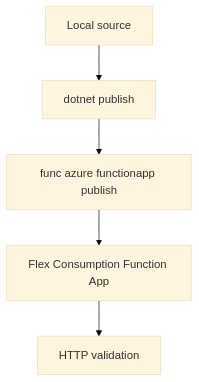
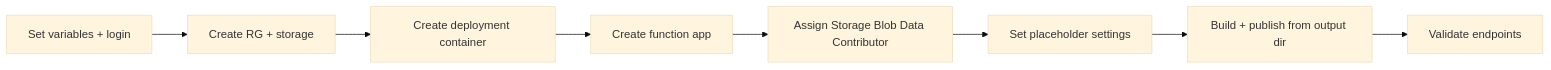
Before and after one commit to yeongseon/azure-functions-practical-guide: the second of 2 diagrams in docs/language-guides/dotnet/tutorial/flex-consumption/02-first-deploy.md, drawn with Mermaid (base theme). The commit also changed other lines of this file and 7 other files, not shown here.

Commit message:
docs: validate and fix .NET Flex Consumption tutorials 01-07 against live deployment

````diff
--- a/docs/language-guides/dotnet/tutorial/flex-consumption/02-first-deploy.md
+++ b/docs/language-guides/dotnet/tutorial/flex-consumption/02-first-deploy.md
@@ -71,7 +55,10 @@
 ```mermaid
-flowchart TD
-    A[Local source] --> B[dotnet publish]
-    B --> C[func azure functionapp publish]
-    C --> D[Flex Consumption Function App]
-    D --> E[HTTP validation]
+flowchart LR
+    A[Set variables + login] --> B[Create RG + storage]
+    B --> C[Create deployment container]
+    C --> D[Create function app]
+    D --> E[Assign Storage Blob Data Contributor]
+    E --> F[Set placeholder settings]
+    F --> G["Build + publish from output dir"]
+    G --> H[Validate endpoints]
 ```
````
